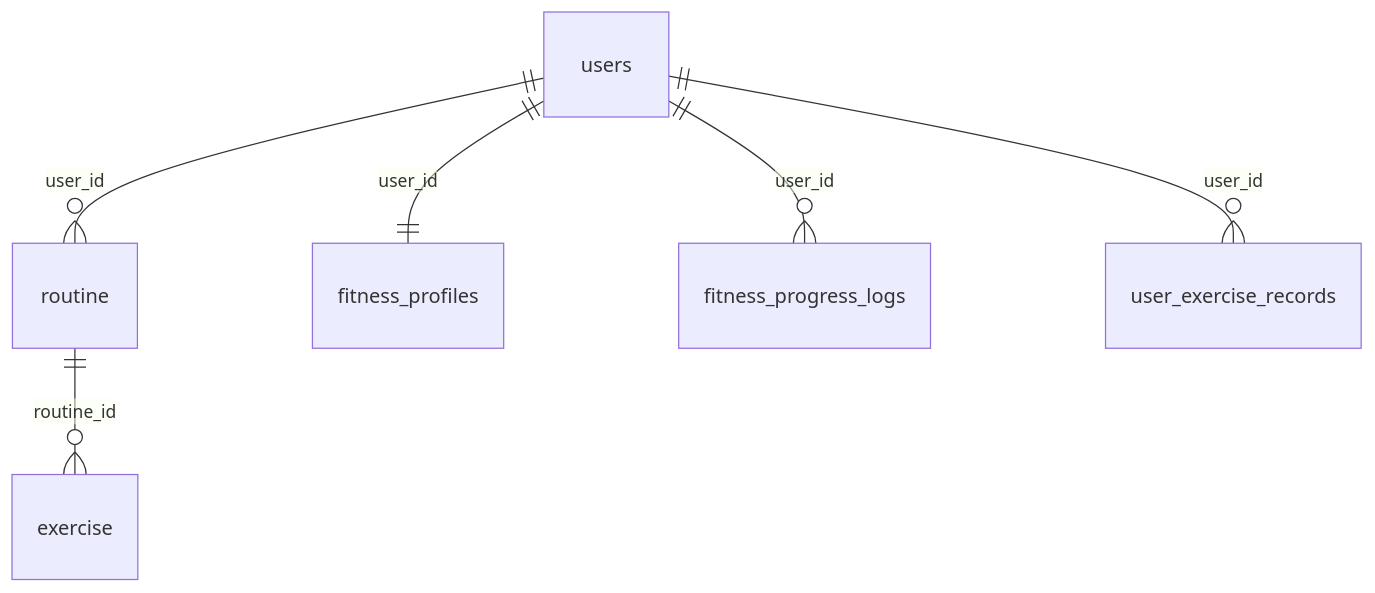
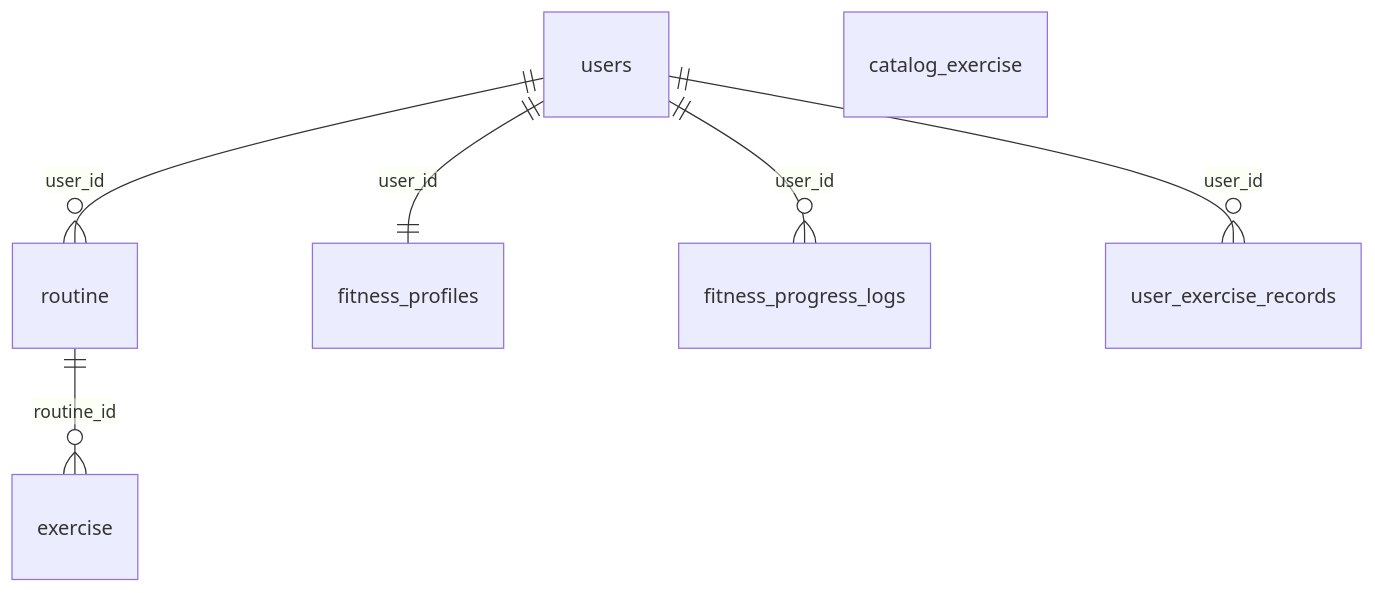
One commit to adriijg/JADA-Fit-back changed the third of 5 diagrams in docs/SCHEMA.md. Above: the diagram before and after it, drawn with Mermaid. The commit also changed other lines of this file, not shown here.

Commit message:
new SCHEMA

````diff
--- a/docs/SCHEMA.md
+++ b/docs/SCHEMA.md
@@ -64,8 +65,9 @@
 ```mermaid
 erDiagram
     users ||--o{ routine : "user_id"
     users ||--|| fitness_profiles : "user_id"
     users ||--o{ fitness_progress_logs : "user_id"
     users ||--o{ user_exercise_records : "user_id"
     routine ||--o{ exercise : "routine_id"
+    catalog_exercise
 ```
````
